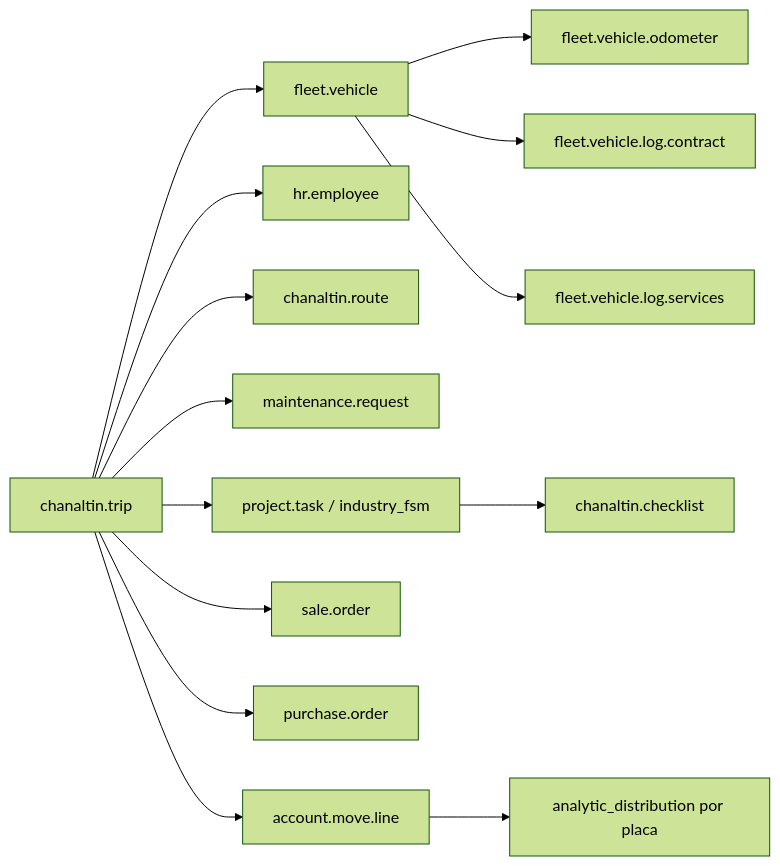
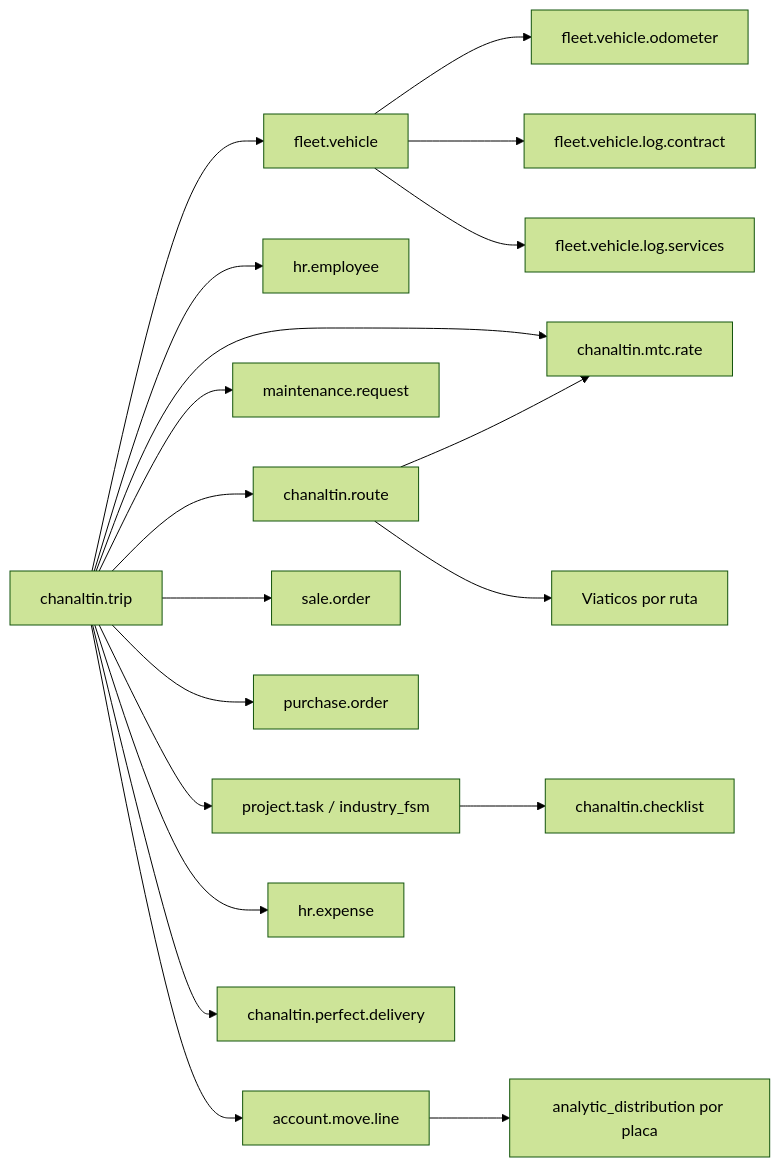
One commit to hfoc11/chanaltin-docs changed the third of 3 diagrams in docs/specs/trip-scheduling.md. Above: the diagram before and after it, drawn with Mermaid (forest theme). The commit also changed other lines of this file, not shown here.

````diff
--- a/docs/specs/trip-scheduling.md
+++ b/docs/specs/trip-scheduling.md
@@ -177,17 +213,22 @@
 ```mermaid
 flowchart LR
     Trip[chanaltin.trip] --> Fleet[fleet.vehicle]
     Trip --> Driver[hr.employee]
     Trip --> Route[chanaltin.route]
     Trip --> Maintenance[maintenance.request]
     Trip --> FSM[project.task / industry_fsm]
     Trip --> Sale[sale.order]
     Trip --> Purchase[purchase.order]
     Trip --> Accounting[account.move.line]
+    Trip --> Expenses[hr.expense]
 
     Fleet --> Odometer[fleet.vehicle.odometer]
     Fleet --> Contracts[fleet.vehicle.log.contract]
     Fleet --> Services[fleet.vehicle.log.services]
     FSM --> Checklist[chanaltin.checklist]
+    Trip --> Perfect[chanaltin.perfect.delivery]
+    Trip --> MTC[chanaltin.mtc.rate]
+    Route --> MTC
+    Route --> Viatic[Viaticos por ruta]
     Accounting --> Analytic[analytic_distribution por placa]
 ```
````
